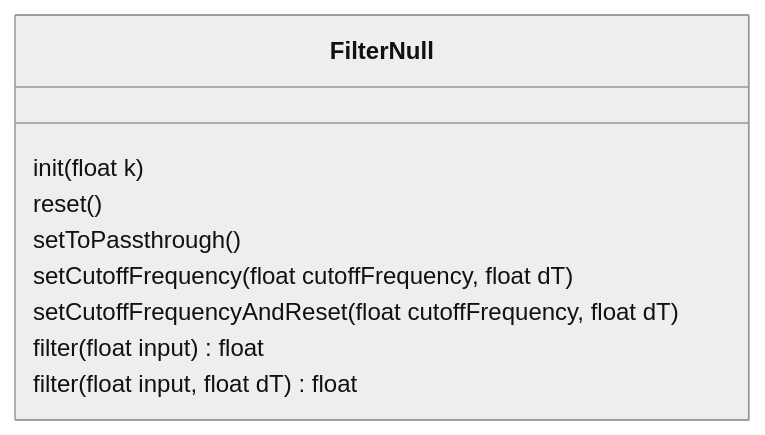
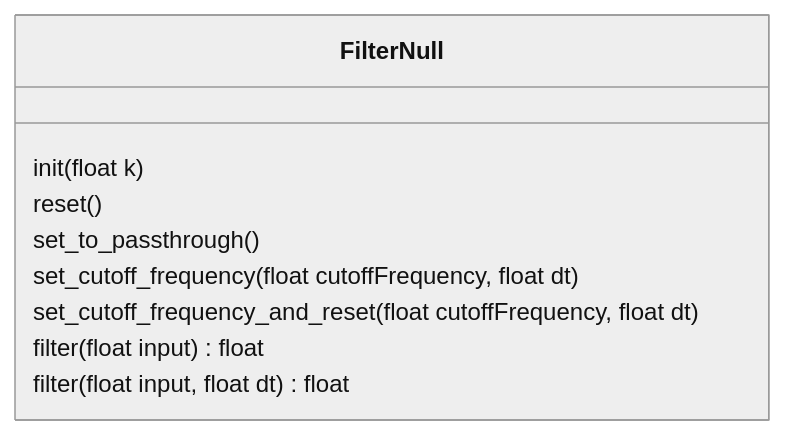
Before and after one commit to martinbudden/Library-Filters: the first of 6 diagrams in README.md, drawn with Mermaid (neutral theme). The commit also changed other lines of this file and 11 other files, not shown here.

````diff
--- a/README.md
+++ b/README.md
@@ -23,12 +23,12 @@
 ```mermaid
 classDiagram
     class FilterNull {
         init(float k)
         reset()
-        setToPassthrough()
-        setCutoffFrequency(float cutoffFrequency, float dT)
-        setCutoffFrequencyAndReset(float cutoffFrequency, float dT)
+        set_to_passthrough()
+        set_cutoff_frequency(float cutoffFrequency, float dt)
+        set_cutoff_frequency_and_reset(float cutoffFrequency, float dt)
         filter(float input) float
-        filter(float input, float dT) float
+        filter(float input, float dt) float
     }
 ```
````
